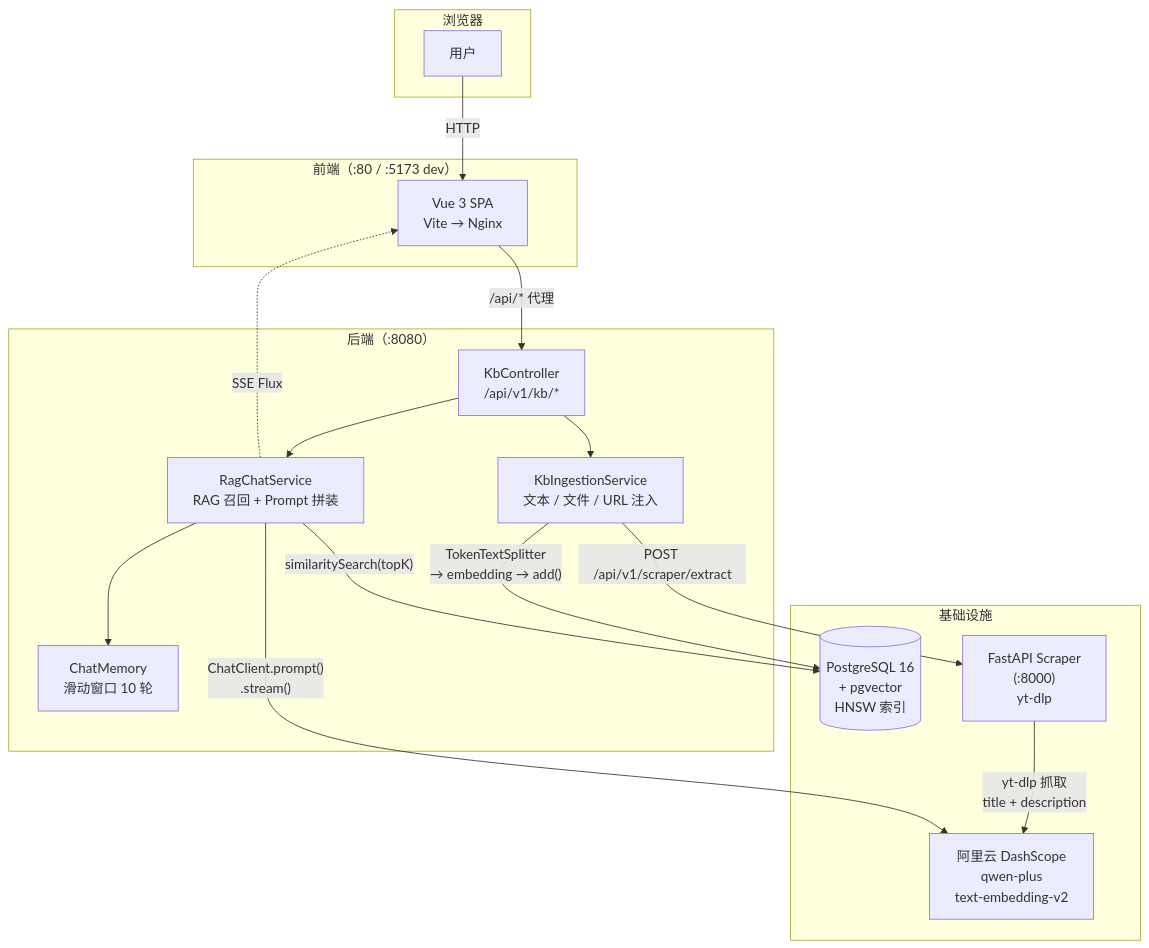
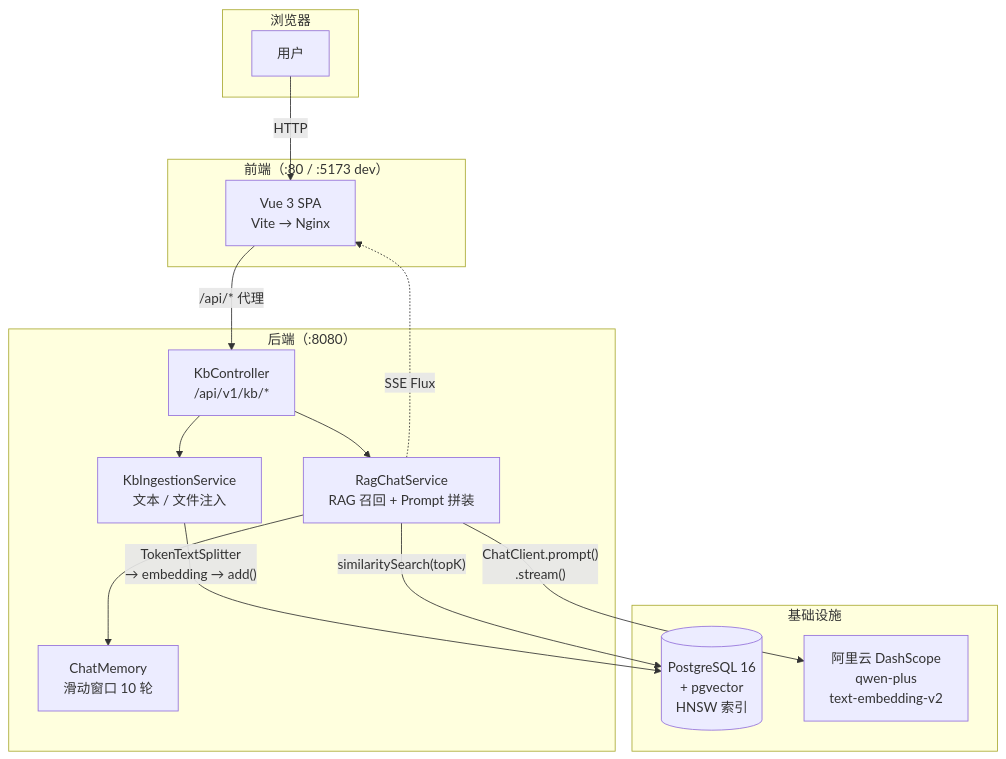
Before and after one commit to Yorushikamimimi/rag-nexus: the diagram in README.md, drawn with Mermaid. The commit also changed other lines of this file and 4 other files, not shown here.

````diff
--- a/README.md
+++ b/README.md
@@ -95,35 +90,32 @@
 ```mermaid
 flowchart TB
     subgraph Client["浏览器"]
         User["用户"]
     end
 
     subgraph Frontend["前端（:80 / :5173 dev）"]
         Vue["Vue 3 SPA\nVite → Nginx"]
     end
 
     subgraph Backend["后端（:8080）"]
         Controller["KbController\n/api/v1/kb/*"]
-        Ingestion["KbIngestionService\n文本 / 文件 / URL 注入"]
+        Ingestion["KbIngestionService\n文本 / 文件注入"]
         Chat["RagChatService\nRAG 召回 + Prompt 拼装"]
         Memory["ChatMemory\n滑动窗口 10 轮"]
     end
 
     subgraph Infra["基础设施"]
         PG[("PostgreSQL 16\n+ pgvector\nHNSW 索引")]
-        Scraper["FastAPI Scraper\n(:8000)\nyt-dlp"]
         LLM["阿里云 DashScope\nqwen-plus\ntext-embedding-v2"]
     end
 
     User -->|HTTP| Vue
     Vue -->|"/api/* 代理"| Controller
     Controller --> Ingestion
     Controller --> Chat
     Chat --> Memory
     Ingestion -->|"TokenTextSplitter\n→ embedding → add()"| PG
-    Ingestion -->|"POST /api/v1/scraper/extract"| Scraper
-    Scraper -->|"yt-dlp 抓取\ntitle + description"| LLM
     Chat -->|"similaritySearch(topK)"| PG
     Chat -->|"ChatClient.prompt()\n.stream()"| LLM
     Chat -.->|"SSE Flux<String>"| Vue
 ```
````
